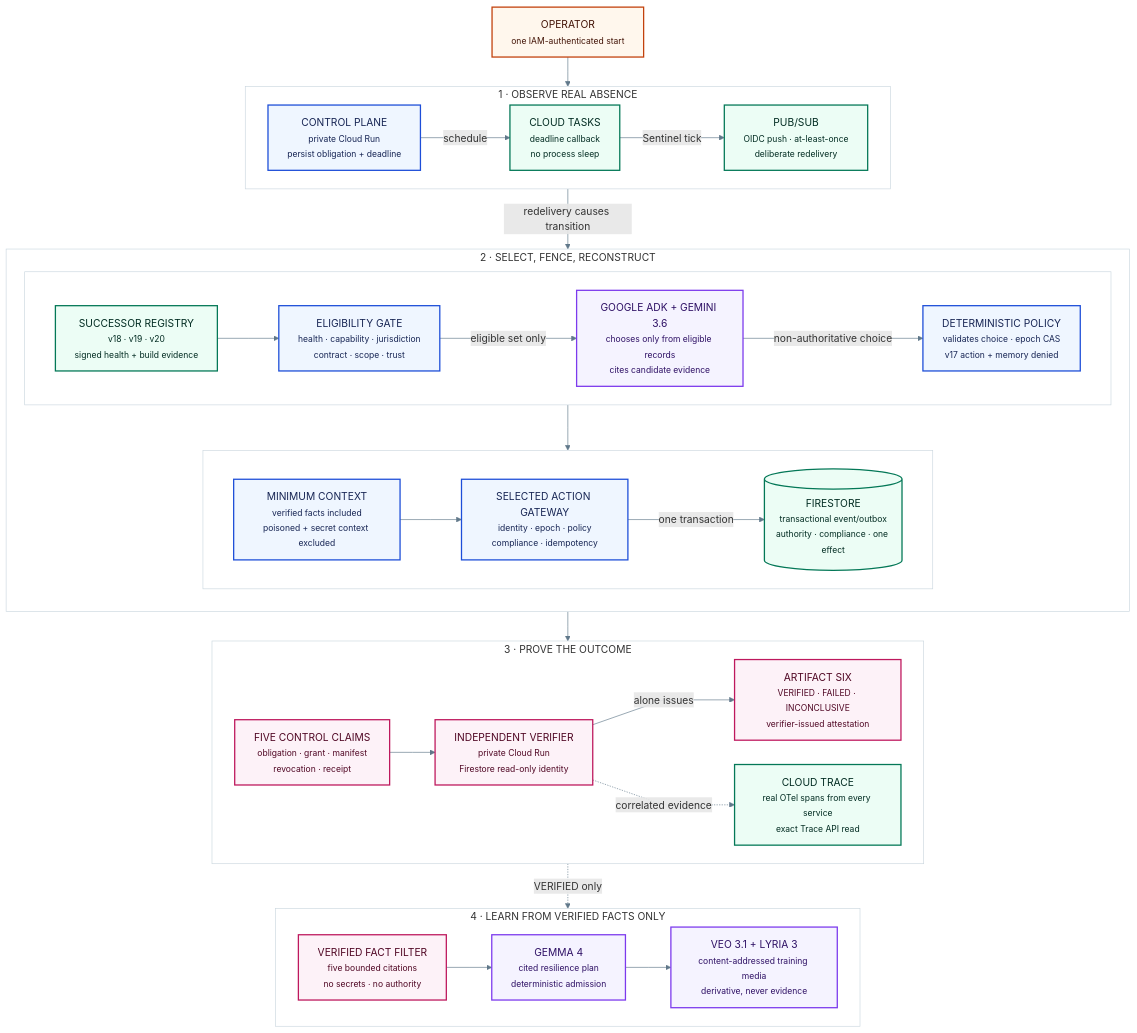
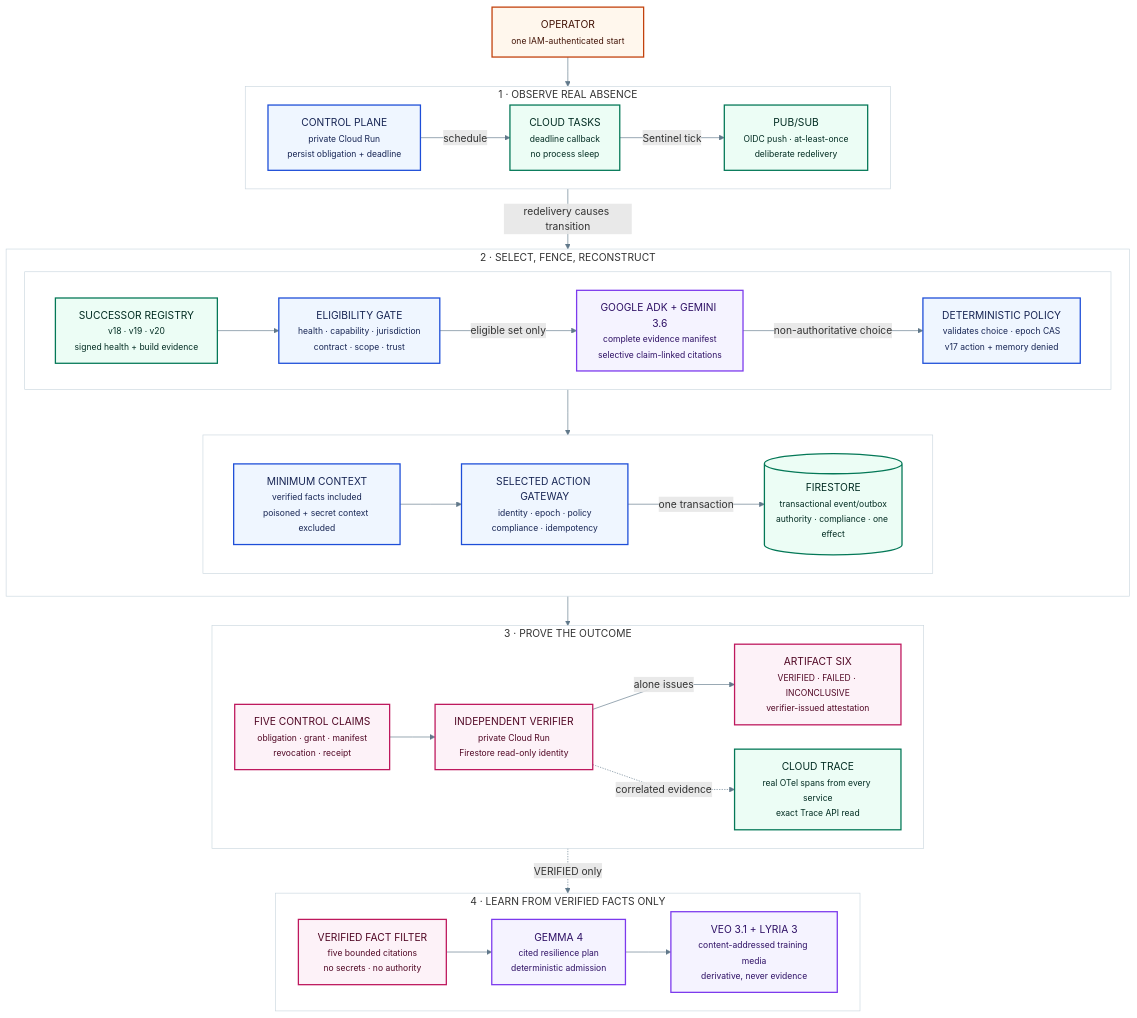
Before and after one commit to milos-plavsic/continuum: the diagram in docs/diagrams/architecture.mmd, drawn with Mermaid. The commit also changed 40 other files, not shown here.

```diff
--- a/docs/diagrams/architecture.mmd
+++ b/docs/diagrams/architecture.mmd
@@ -1,61 +1,61 @@
 %%{init:{"flowchart":{"curve":"linear","nodeSpacing":38,"rankSpacing":46},"themeVariables":{"fontFamily":"Inter,Arial,sans-serif","primaryTextColor":"#10202d","lineColor":"#60788a","clusterBkg":"#ffffff","clusterBorder":"#cbd7df"}}}%%
 flowchart TB
   classDef human fill:#fff7ed,stroke:#c2410c,color:#431407,stroke-width:2px
   classDef control fill:#eff6ff,stroke:#1d4ed8,color:#172554,stroke-width:2px
   classDef agent fill:#f5f3ff,stroke:#7c3aed,color:#2e1065,stroke-width:2px
   classDef state fill:#ecfdf5,stroke:#047857,color:#022c22,stroke-width:2px
   classDef verify fill:#fdf2f8,stroke:#be185d,color:#500724,stroke-width:2px
 
   OP["OPERATOR<br/><small>one IAM-authenticated start</small>"]:::human
 
   subgraph R1["1 · OBSERVE REAL ABSENCE"]
     direction LR
     CP["CONTROL PLANE<br/><small>private Cloud Run<br/>persist obligation + deadline</small>"]:::control
     TASK["CLOUD TASKS<br/><small>deadline callback<br/>no process sleep</small>"]:::state
     PS["PUB/SUB<br/><small>OIDC push · at-least-once<br/>deliberate redelivery</small>"]:::state
     CP -->|schedule| TASK -->|Sentinel tick| PS
   end
 
   subgraph R2["2 · SELECT, FENCE, RECONSTRUCT"]
     direction TB
     subgraph R2A[" "]
       direction LR
       REG["SUCCESSOR REGISTRY<br/><small>v18 · v19 · v20<br/>signed health + build evidence</small>"]:::state
       FILTER["ELIGIBILITY GATE<br/><small>health · capability · jurisdiction<br/>contract · scope · trust</small>"]:::control
-      GEM["GOOGLE ADK + GEMINI 3.6<br/><small>chooses only from eligible records<br/>cites candidate evidence</small>"]:::agent
+      GEM["GOOGLE ADK + GEMINI 3.6<br/><small>complete evidence manifest<br/>selective claim-linked citations</small>"]:::agent
       POLICY["DETERMINISTIC POLICY<br/><small>validates choice · epoch CAS<br/>v17 action + memory denied</small>"]:::control
       REG --> FILTER -->|eligible set only| GEM -->|non-authoritative choice| POLICY
     end
     subgraph R2B[" "]
       direction LR
       CTX["MINIMUM CONTEXT<br/><small>verified facts included<br/>poisoned + secret context excluded</small>"]:::control
       GATE["SELECTED ACTION GATEWAY<br/><small>identity · epoch · policy<br/>compliance · idempotency</small>"]:::control
       DB[("FIRESTORE<br/><small>transactional event/outbox<br/>authority · compliance · one effect</small>")]:::state
       CTX --> GATE -->|one transaction| DB
     end
     R2A --> R2B
   end
 
 
   subgraph R3["3 · PROVE THE OUTCOME"]
     direction LR
     FIVE["FIVE CONTROL CLAIMS<br/><small>obligation · grant · manifest<br/>revocation · receipt</small>"]:::verify
     IV["INDEPENDENT VERIFIER<br/><small>private Cloud Run<br/>Firestore read-only identity</small>"]:::verify
     SIX["ARTIFACT SIX<br/><small>VERIFIED · FAILED · INCONCLUSIVE<br/>verifier-issued attestation</small>"]:::verify
     TRACE["CLOUD TRACE<br/><small>real OTel spans from every service<br/>exact Trace API read</small>"]:::state
     FIVE --> IV -->|alone issues| SIX
     IV -. correlated evidence .-> TRACE
   end
 
   subgraph R4["4 · LEARN FROM VERIFIED FACTS ONLY"]
     direction LR
     VFACTS["VERIFIED FACT FILTER<br/><small>five bounded citations<br/>no secrets · no authority</small>"]:::verify
     GEMMA["GEMMA 4<br/><small>cited resilience plan<br/>deterministic admission</small>"]:::agent
     MEDIA["VEO 3.1 + LYRIA 3<br/><small>content-addressed training media<br/>derivative, never evidence</small>"]:::agent
     VFACTS --> GEMMA --> MEDIA
   end
 
   OP --> R1
   R1 -->|redelivery causes transition| R2
   R2 --> R3
   R3 -. VERIFIED only .-> R4
```
